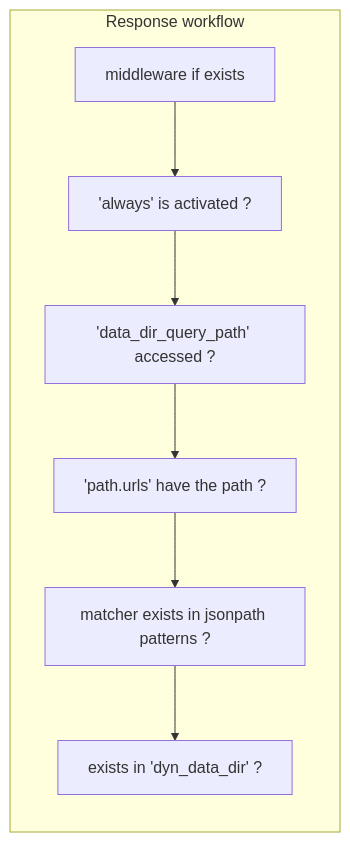
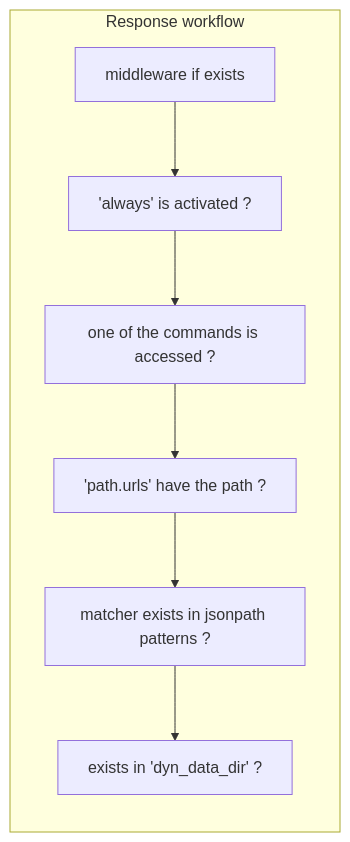
Before and after one commit to nabbisen/apimock-rs: the second of 2 diagrams in docs/SPECS.md, drawn with Mermaid. The commit also changed other lines of this file and 133 other files, not shown here.

````diff
--- a/docs/SPECS.md
+++ b/docs/SPECS.md
@@ -25,11 +25,11 @@
 ```mermaid
 graph
     subgraph Response workflow
         direction TB
         A[middleware if exists] --> B['always' is activated ?]
-        B --> C['data_dir_query_path' accessed ?]
+        B --> C[one of the commands is accessed ?]
         C --> D['path.urls' have the path ?]
         D --> E[matcher exists in jsonpath patterns ?]
         E --> F[exists in 'dyn_data_dir' ?]
     end
 ```
````
